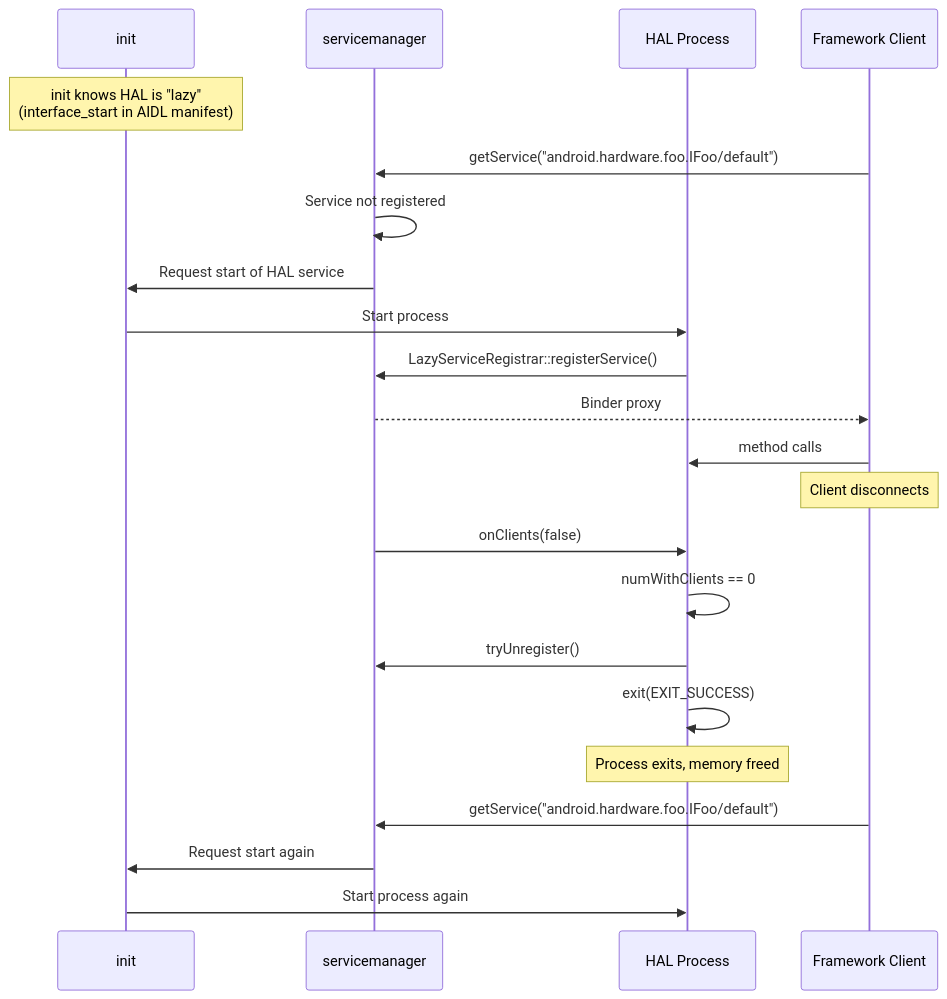
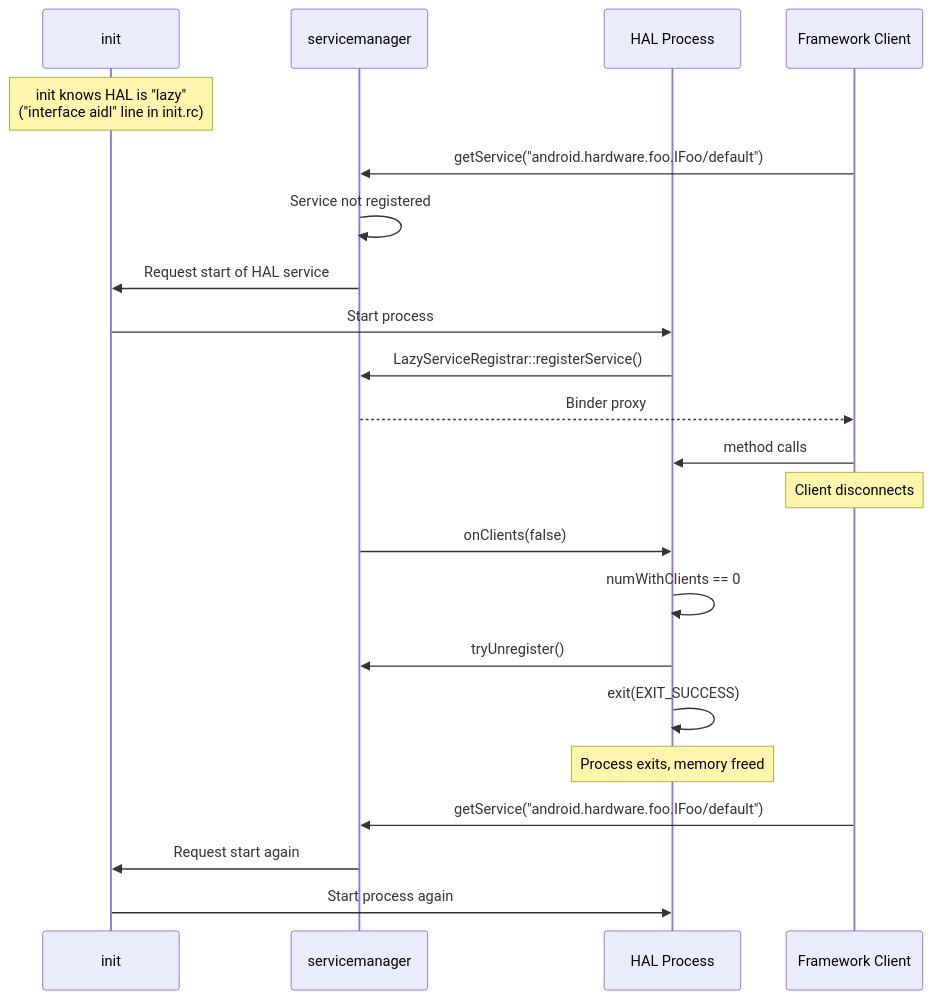
Diagram 22 of 28 in 10-hal.md (aospbooks/aosp-internal-book), drawn with Mermaid before and after one commit. The commit also changed other lines of this file and 218 other files, not shown here.

````diff
--- a/10-hal.md
+++ b/10-hal.md
@@ -3577,31 +3628,31 @@
 ```mermaid
 sequenceDiagram
     participant Init as init
     participant SM as servicemanager
     participant HAL as HAL Process
     participant Client as Framework Client
 
-    Note over Init: init knows HAL is "lazy"<br/>(interface_start in AIDL manifest)
+    Note over Init: init knows HAL is "lazy"<br/>("interface aidl" line in init.rc)
 
     Client->>SM: getService("android.hardware.foo.IFoo/default")
     SM->>SM: Service not registered
     SM->>Init: Request start of HAL service
     Init->>HAL: Start process
     HAL->>SM: LazyServiceRegistrar::registerService()
     SM-->>Client: Binder proxy
 
     Client->>HAL: method calls
 
     Note over Client: Client disconnects
 
     SM->>HAL: onClients(false)
     HAL->>HAL: numWithClients == 0
     HAL->>SM: tryUnregister()
     HAL->>HAL: exit(EXIT_SUCCESS)
 
     Note over HAL: Process exits, memory freed
 
     Client->>SM: getService("android.hardware.foo.IFoo/default")
     SM->>Init: Request start again
     Init->>HAL: Start process again
 ```
````
